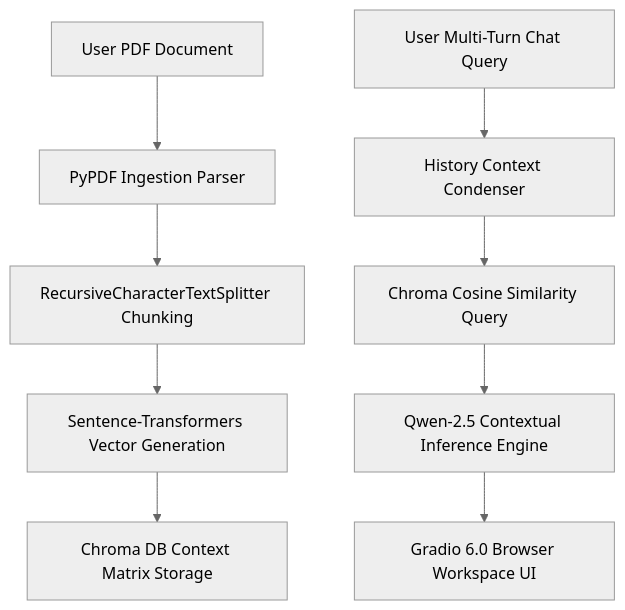
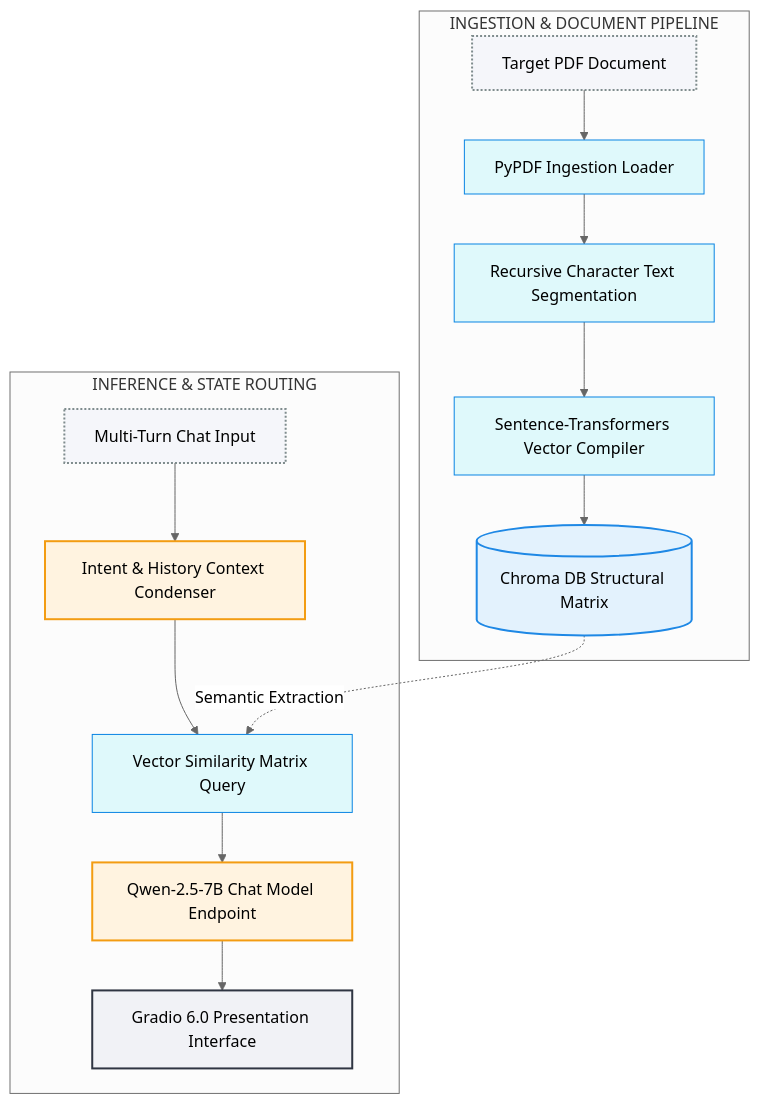
The diagram in README.md (rchinmay91/pdf-chatbot), drawn with Mermaid (neutral theme) before and after one commit. The commit also changed other lines of this file, not shown here.

````diff
--- a/README.md
+++ b/README.md
@@ -15,11 +28,26 @@
 ```mermaid
 flowchart TD
-    A[User PDF Document] --> B[PyPDF Ingestion Parser]
-    B --> C[RecursiveCharacterTextSplitter Chunking]
-    C --> D[Sentence-Transformers Vector Generation]
-    D --> E[Chroma DB Context Matrix Storage]
-    F[User Multi-Turn Chat Query] --> G[History Context Condenser]
-    G --> H[Chroma Cosine Similarity Query]
-    H --> I[Qwen-2.5 Contextual Inference Engine]
-    I --> J[Gradio 6.0 Browser Workspace UI]
+    %% Global Styling Configurations
+    classDef source fill:#f5f6fa,stroke:#7f8c8d,stroke-width:2px,stroke-dasharray: 2;
+    classDef processing fill:#dff9fb,stroke:#0984e3,stroke-width:1px;
+    classDef storage fill:#e3f2fd,stroke:#1e88e5,stroke-width:2px;
+    classDef engine fill:#fff3e0,stroke:#f39c12,stroke-width:2px;
+    classDef output fill:#f1f2f6,stroke:#2f3542,stroke-width:2px;
+
+    %% Data Ingestion Phase
+    subgraph INGESTION & DOCUMENT PIPELINE
+        A[Target PDF Document]:::source --> B[PyPDF Ingestion Loader]:::processing
+        B --> C[Recursive Character Text Segmentation]:::processing
+        C --> D[Sentence-Transformers Vector Compiler]:::processing
+        D --> E[(Chroma DB Structural Matrix)]:::storage
+    end
+
+    %% Inference Phase
+    subgraph INFERENCE & STATE ROUTING
+        F[Multi-Turn Chat Input]:::source --> G[Intent & History Context Condenser]:::engine
+        G --> H[Vector Similarity Matrix Query]:::processing
+        E -.->|Semantic Extraction| H
+        H --> I[Qwen-2.5-7B Chat Model Endpoint]:::engine
+        I --> J[Gradio 6.0 Presentation Interface]:::output
+    end
 ```
````
